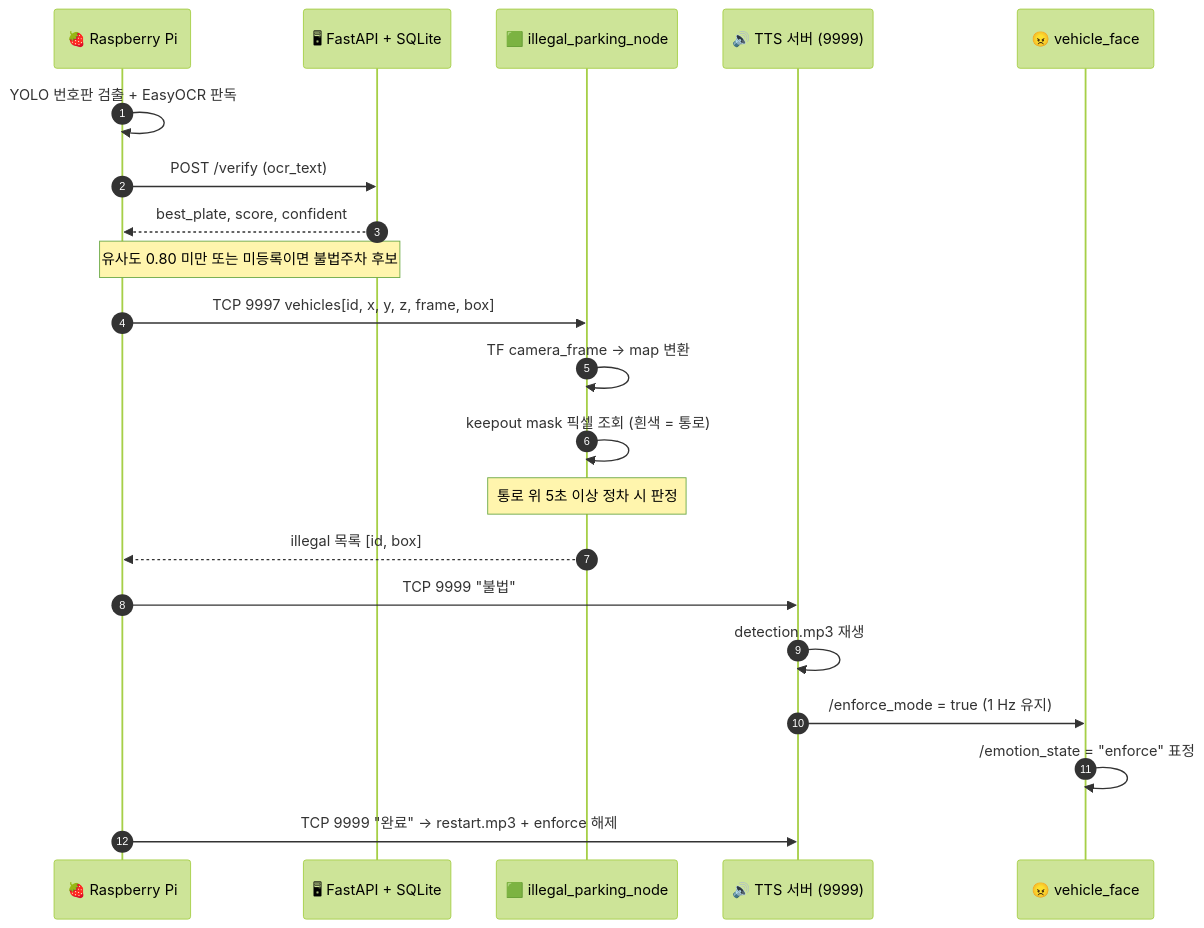
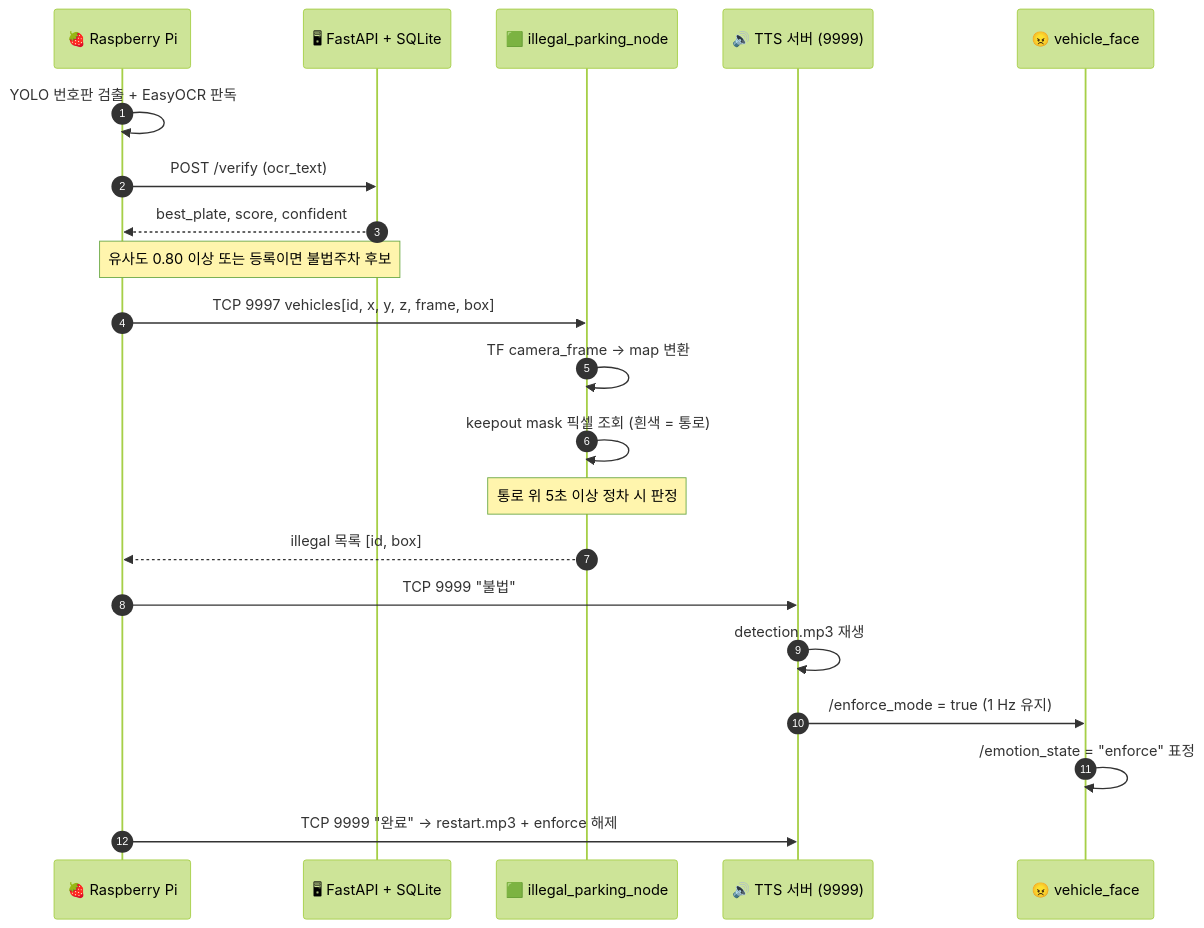
One commit to OMZcapstone/omz_ws changed the third of 3 diagrams in README.ko.md. Above: the diagram before and after it, drawn with Mermaid (forest theme).

Commit message:
Update illegal parking candidate criteria in README

````diff
--- a/README.ko.md
+++ b/README.ko.md
@@ -462,26 +462,26 @@
 ```mermaid
 sequenceDiagram
     autonumber
     participant PI as 🍓 Raspberry Pi
     participant API as 🖥 FastAPI + SQLite
     participant IPN as 🟩 illegal_parking_node
     participant TTS as 🔊 TTS 서버 (9999)
     participant FACE as 😠 vehicle_face
 
     PI->>PI: YOLO 번호판 검출 + EasyOCR 판독
     PI->>API: POST /verify (ocr_text)
     API-->>PI: best_plate, score, confident
-    Note over PI,API: 유사도 0.80 미만 또는 미등록이면 불법주차 후보
+    Note over PI,API: 유사도 0.80 이상 또는 등록이면 불법주차 후보
 
     PI->>IPN: TCP 9997 vehicles[id, x, y, z, frame, box]
     IPN->>IPN: TF camera_frame → map 변환
     IPN->>IPN: keepout mask 픽셀 조회 (흰색 = 통로)
     Note over IPN: 통로 위 5초 이상 정차 시 판정
     IPN-->>PI: illegal 목록 [id, box]
 
     PI->>TTS: TCP 9999 "불법"
     TTS->>TTS: detection.mp3 재생
     TTS->>FACE: /enforce_mode = true (1 Hz 유지)
     FACE->>FACE: /emotion_state = "enforce" 표정
     PI->>TTS: TCP 9999 "완료" → restart.mp3 + enforce 해제
 ```
````
